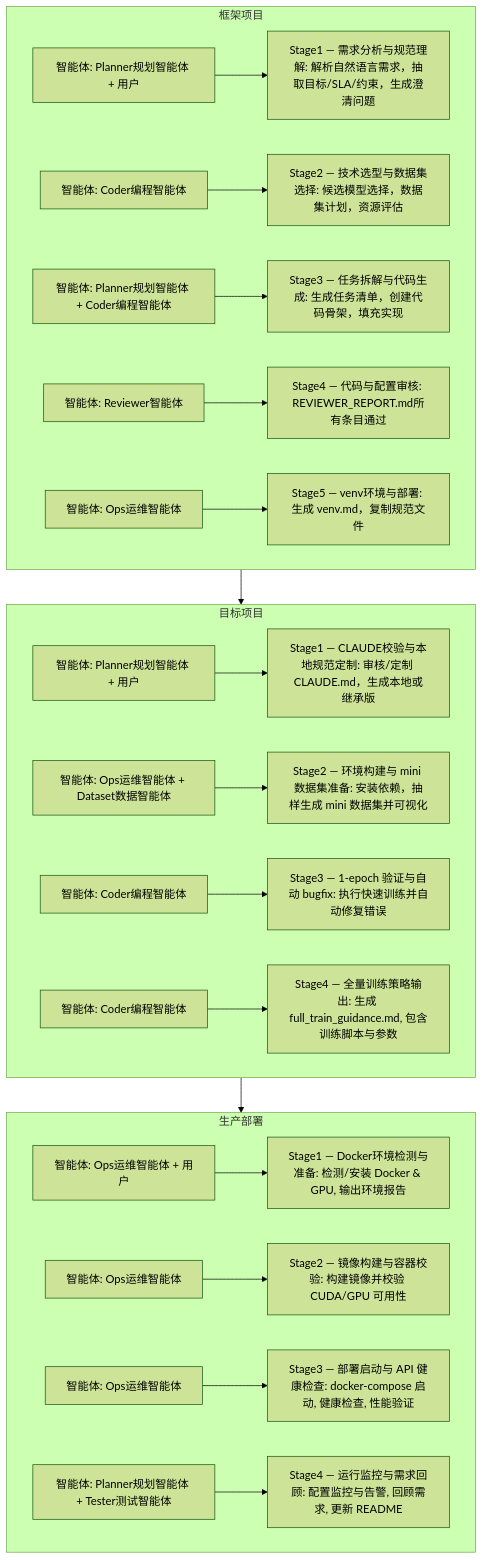
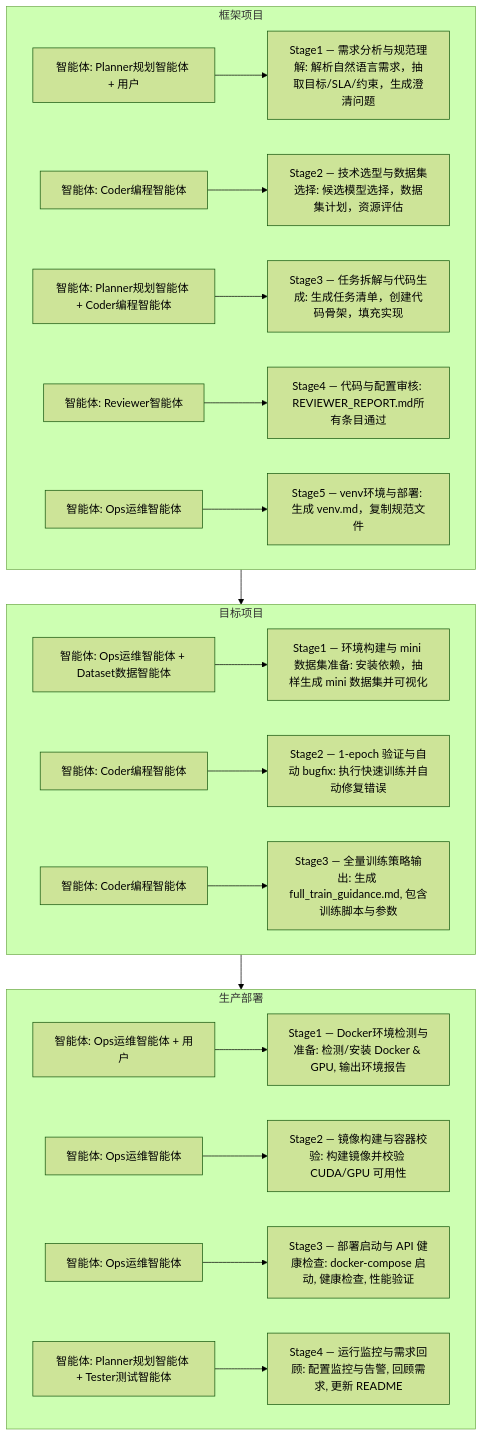
Before and after one commit to ouyangshixiong/context-engineering-zh: diagram 16 of 16 in README.md, drawn with Mermaid (forest theme). The commit also changed other lines of this file and 1 other file, not shown here.

````diff
--- a/README.md
+++ b/README.md
@@ -725,66 +673,63 @@
 ```mermaid
 flowchart TD
 
     %% ================= 框架项目 =================
     subgraph F1["框架项目"]
 
         S1_who["智能体: Planner规划智能体 + 用户"]
         S1_desc["Stage1 — 需求分析与规范理解: 解析自然语言需求，抽取目标/SLA/约束，生成澄清问题"]
         S2_who["智能体: Coder编程智能体"]
         S2_desc["Stage2 — 技术选型与数据集选择: 候选模型选择，数据集计划，资源评估"]
         S3_who["智能体: Planner规划智能体 + Coder编程智能体"]
         S3_desc["Stage3 — 任务拆解与代码生成: 生成任务清单，创建代码骨架，填充实现"]
         S4_who["智能体: Reviewer智能体"]
         S4_desc["Stage4 — 代码与配置审核: REVIEWER_REPORT.md所有条目通过"]
         S41_who["智能体: Ops运维智能体"]
         S41_desc["Stage5 — venv环境与部署: 生成 venv.md，复制规范文件"]
 
         S1_who --> S1_desc
         S2_who --> S2_desc
         S3_who --> S3_desc
         S4_who --> S4_desc
         S41_who --> S41_desc
 
     end
 
     %% ================= 目标项目 =================
     subgraph F2["目标项目"]
 
-        S5_who["智能体: Planner规划智能体 + 用户"]
-        S5_desc["Stage1 — CLAUDE校验与本地规范定制: 审核/定制 CLAUDE.md，生成本地或继承版"]
         S6_who["智能体: Ops运维智能体 + Dataset数据智能体"]
-        S6_desc["Stage2 — 环境构建与 mini 数据集准备: 安装依赖，抽样生成 mini 数据集并可视化"]
+        S6_desc["Stage1 — 环境构建与 mini 数据集准备: 安装依赖，抽样生成 mini 数据集并可视化"]
         S7_who["智能体: Coder编程智能体"]
-        S7_desc["Stage3 — 1-epoch 验证与自动 bugfix: 执行快速训练并自动修复错误"]
+        S7_desc["Stage2 — 1-epoch 验证与自动 bugfix: 执行快速训练并自动修复错误"]
         S8_who["智能体: Coder编程智能体"]
-        S8_desc["Stage4 — 全量训练策略输出: 生成 full_train_guidance.md, 包含训练脚本与参数"]
+        S8_desc["Stage3 — 全量训练策略输出: 生成 full_train_guidance.md, 包含训练脚本与参数"]
 
-        S5_who --> S5_desc
         S6_who --> S6_desc
         S7_who --> S7_desc
         S8_who --> S8_desc
 
     end
 
     %% ================= 生产部署 =================
     subgraph F3["生产部署"]
 
         S9_who["智能体: Ops运维智能体 + 用户"]
         S9_desc["Stage1 — Docker环境检测与准备: 检测/安装 Docker & GPU, 输出环境报告"]
         S10_who["智能体: Ops运维智能体"]
         S10_desc["Stage2 — 镜像构建与容器校验: 构建镜像并校验 CUDA/GPU 可用性"]
         S11_who["智能体: Ops运维智能体"]
         S11_desc["Stage3 — 部署启动与 API 健康检查: docker-compose 启动, 健康检查, 性能验证"]
         S12_who["智能体: Planner规划智能体 + Tester测试智能体"]
         S12_desc["Stage4 — 运行监控与需求回顾: 配置监控与告警, 回顾需求, 更新 README"]
 
         S9_who --> S9_desc
         S10_who --> S10_desc
         S11_who --> S11_desc
         S12_who --> S12_desc
 
     end
 
     F1 --> F2 --> F3
 
 ```
````
